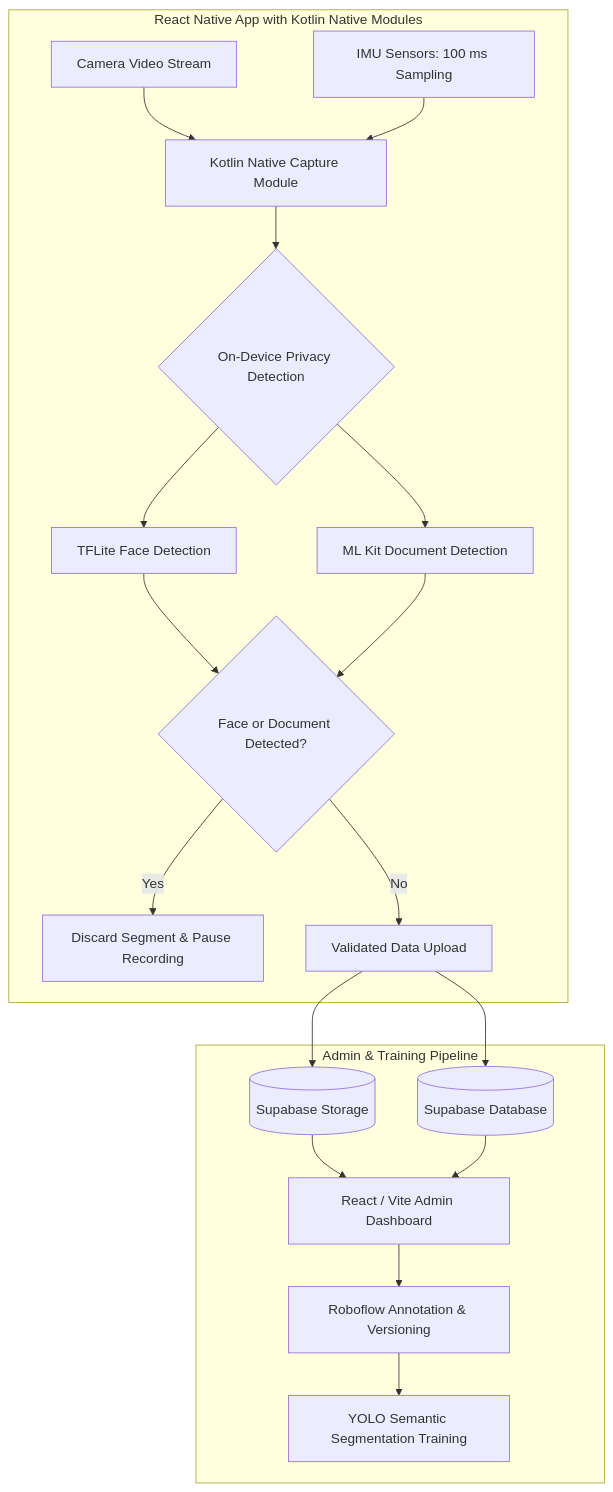
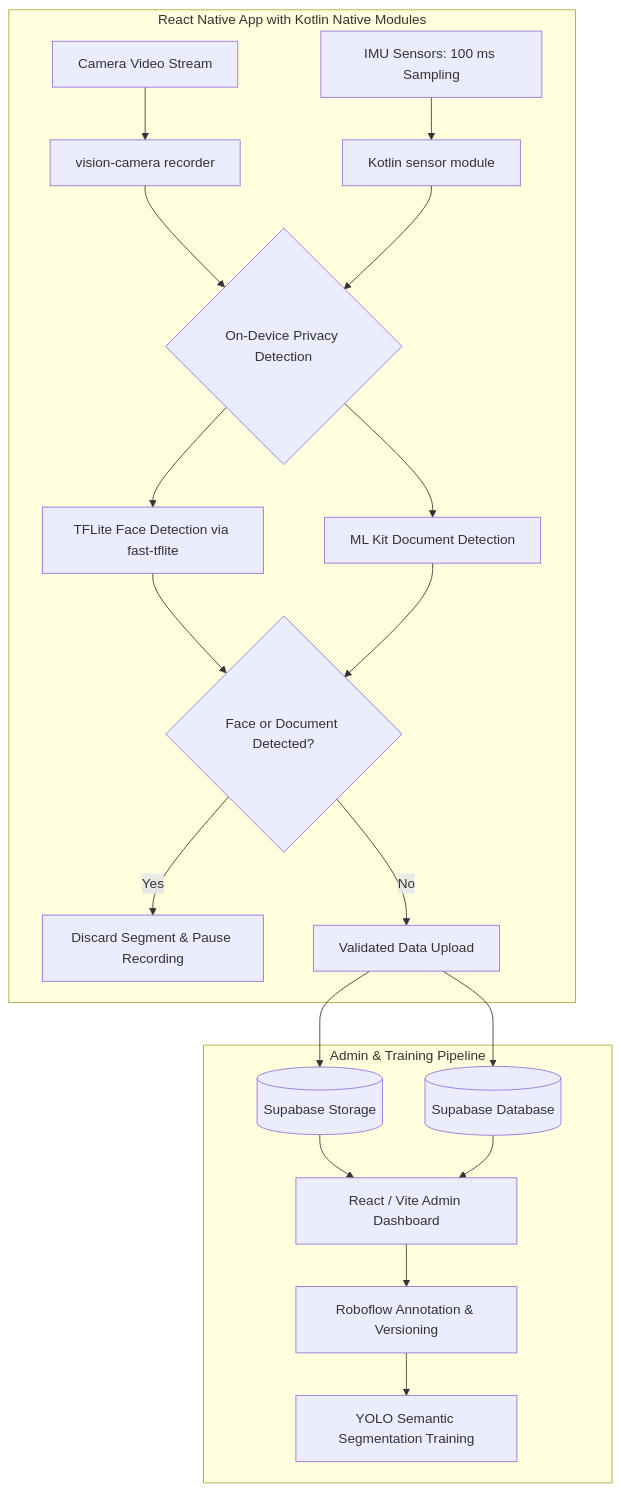
Before and after one commit to qproyect/qproject-showcase: the diagram in case-studies/qvision.md, drawn with Mermaid. The commit also changed other lines of this file and 3 other files, not shown here.

````diff
--- a/case-studies/qvision.md
+++ b/case-studies/qvision.md
@@ -23,27 +23,28 @@
 ```mermaid
 graph TD
     subgraph Mobile Edge Capture [React Native App with Kotlin Native Modules]
-        Camera[Camera Video Stream] --> KotlinModule[Kotlin Native Capture Module]
-        IMU[IMU Sensors: 100 ms Sampling] --> KotlinModule
+        Camera[Camera Video Stream] --> VisionCamera[vision-camera recorder]
+        IMU[IMU Sensors: 100 ms Sampling] --> KotlinSensor[Kotlin sensor module]
 
-        KotlinModule --> PrivacyGating{On-Device Privacy Detection}
-        PrivacyGating --> TFLite[TFLite Face Detection]
+        VisionCamera --> PrivacyGating{On-Device Privacy Detection}
+        KotlinSensor --> PrivacyGating
+        PrivacyGating --> TFLite[TFLite Face Detection via fast-tflite]
         PrivacyGating --> MLKit[ML Kit Document Detection]
 
         TFLite --> TripwireDecision{Face or Document Detected?}
         MLKit --> TripwireDecision
 
         TripwireDecision -->|Yes| DiscardPause[Discard Segment & Pause Recording]
         TripwireDecision -->|No| UploadStream[Validated Data Upload]
     end
 
     UploadStream --> SupabaseStorage[(Supabase Storage)]
     UploadStream --> SupabaseDB[(Supabase Database)]
 
     subgraph Dataset Validation & Training [Admin & Training Pipeline]
         SupabaseStorage --> AdminDashboard[React / Vite Admin Dashboard]
         SupabaseDB --> AdminDashboard
         AdminDashboard --> Roboflow[Roboflow Annotation & Versioning]
         Roboflow --> YOLOTraining[YOLO Semantic Segmentation Training]
     end
 ```
````
